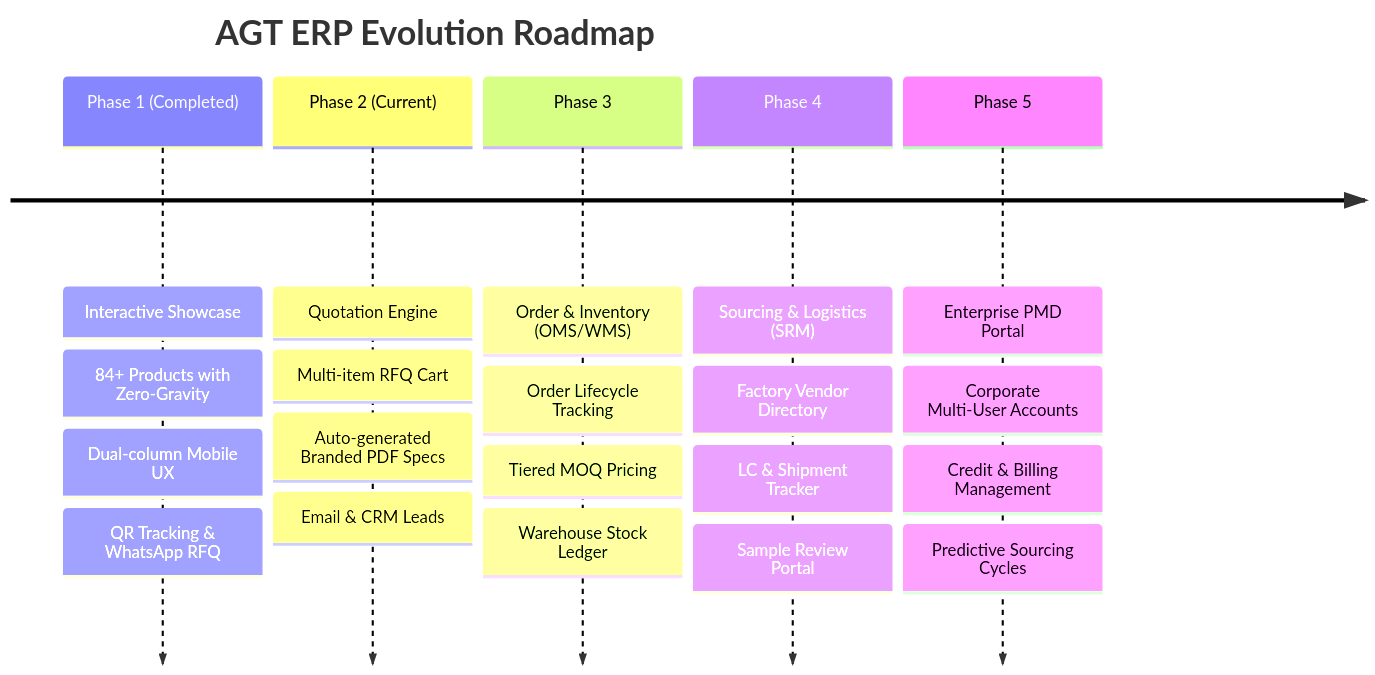
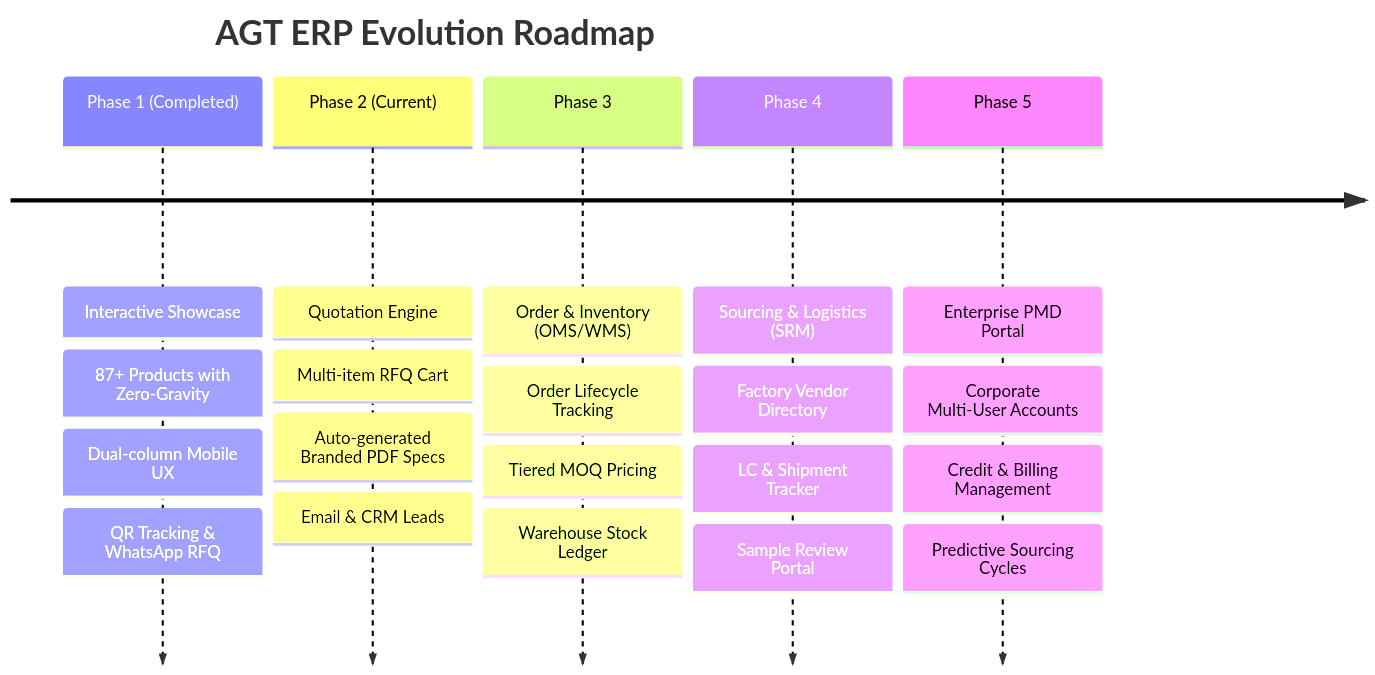
One commit to TalhaTamim45/agt-platform changed the second of 2 diagrams in PROJECT.md. Above: the diagram before and after it, drawn with Mermaid. The commit also changed other lines of this file and 5 other files, not shown here.

````diff
--- a/PROJECT.md
+++ b/PROJECT.md
@@ -83,9 +83,9 @@
 ```mermaid
 timeline
     title AGT ERP Evolution Roadmap
-    Phase 1 (Completed) : Interactive Showcase : 84+ Products with Zero-Gravity : Dual-column Mobile UX : QR Tracking & WhatsApp RFQ
+    Phase 1 (Completed) : Interactive Showcase : 87+ Products with Zero-Gravity : Dual-column Mobile UX : QR Tracking & WhatsApp RFQ
     Phase 2 (Current) : Quotation Engine : Multi-item RFQ Cart : Auto-generated Branded PDF Specs : Email & CRM Leads
     Phase 3 : Order & Inventory (OMS/WMS) : Order Lifecycle Tracking : Tiered MOQ Pricing : Warehouse Stock Ledger
     Phase 4 : Sourcing & Logistics (SRM) : Factory Vendor Directory : LC & Shipment Tracker : Sample Review Portal
     Phase 5 : Enterprise PMD Portal : Corporate Multi-User Accounts : Credit & Billing Management : Predictive Sourcing Cycles
 ```
````
